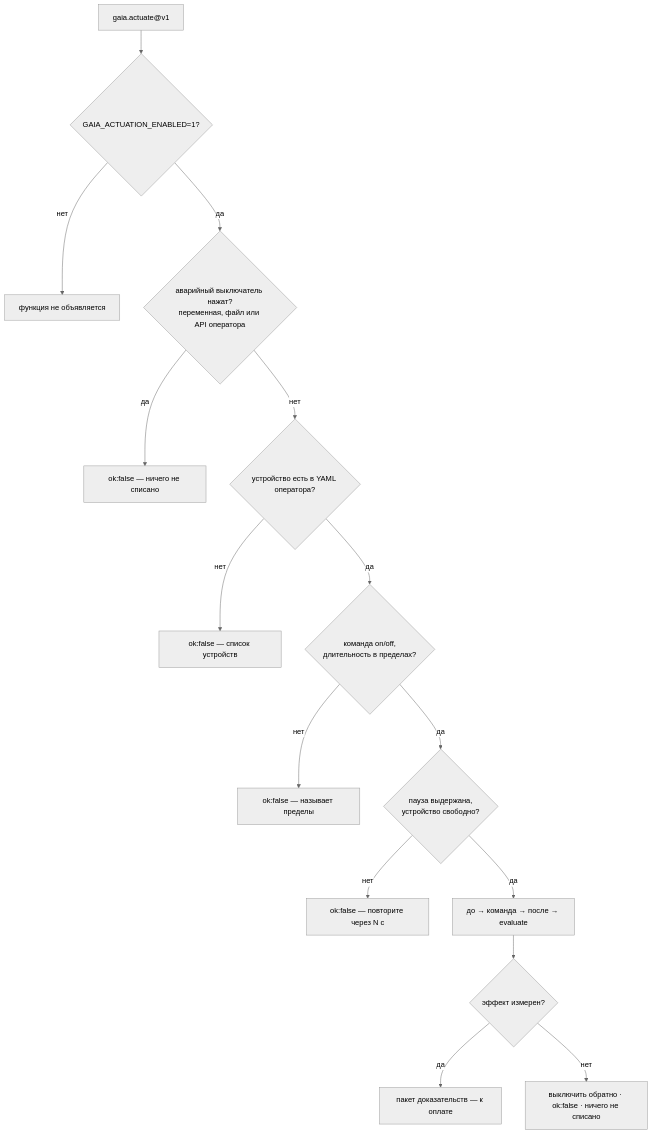
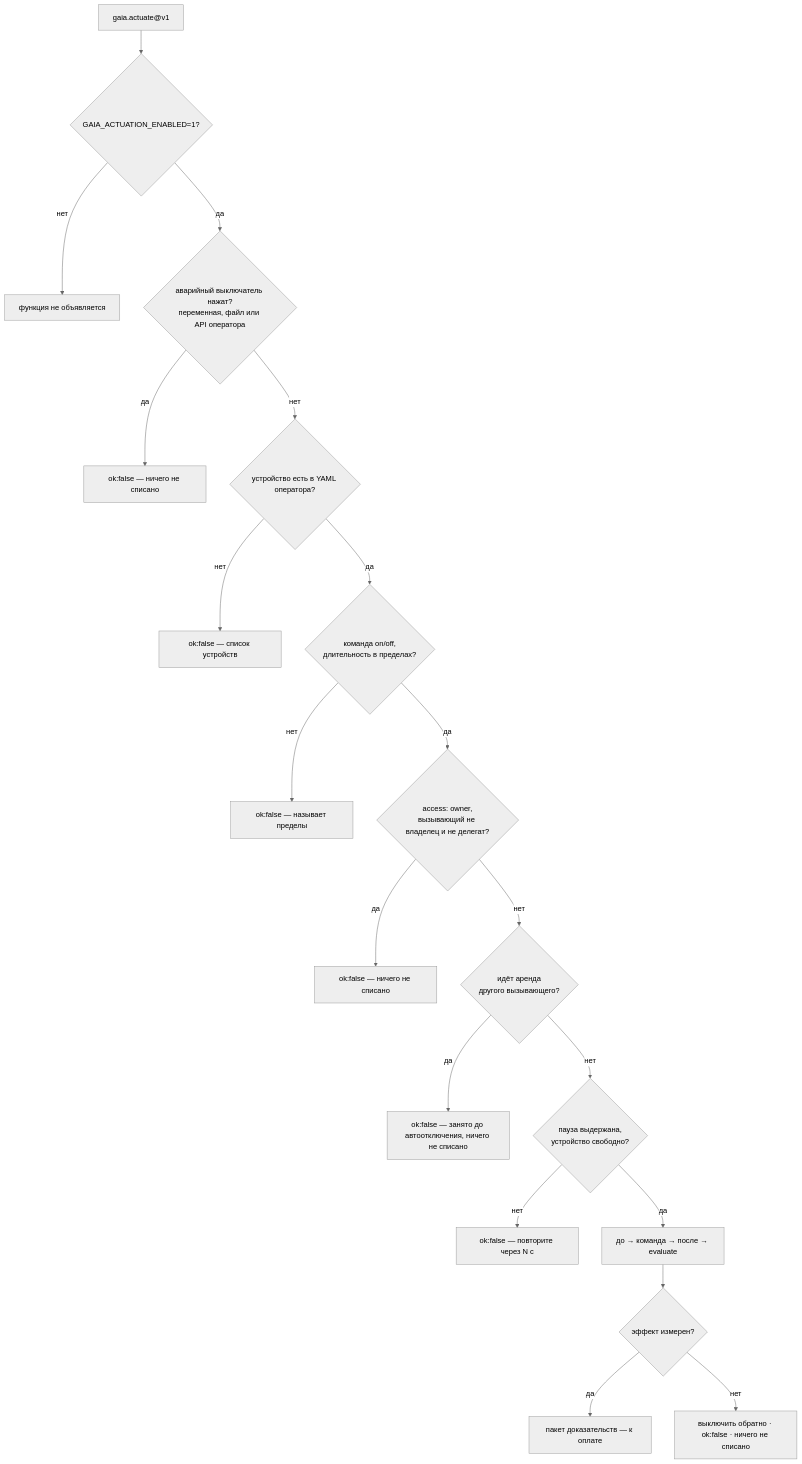
The fourth of 8 diagrams in docs/i18n/ACTUATION.ru.md (alexar76/gaia), drawn with Mermaid (neutral theme) before and after one commit. The commit also changed other lines of this file and 50 other files, not shown here.

````diff
--- a/docs/i18n/ACTUATION.ru.md
+++ b/docs/i18n/ACTUATION.ru.md
@@ -151,17 +187,21 @@
 ```mermaid
 flowchart TD
     A["gaia.actuate@v1"] --> B{GAIA_ACTUATION_ENABLED=1?}
     B -- нет --> X1[функция не объявляется]
     B -- да --> C{аварийный выключатель нажат?<br/>переменная, файл или API оператора}
     C -- да --> X2[ok:false — ничего не списано]
     C -- нет --> D{устройство есть в YAML оператора?}
     D -- нет --> X3[ok:false — список устройств]
     D -- да --> E{команда on/off,<br/>длительность в пределах?}
     E -- нет --> X4[ok:false — называет пределы]
-    E -- да --> F{пауза выдержана,<br/>устройство свободно?}
+    E -- да --> AC{"access: owner,<br/>вызывающий не владелец и не делегат?"}
+    AC -- да --> X6["ok:false — ничего не списано"]
+    AC -- нет --> L{"идёт аренда<br/>другого вызывающего?"}
+    L -- да --> X7["ok:false — занято до автоотключения, ничего не списано"]
+    L -- нет --> F{пауза выдержана,<br/>устройство свободно?}
     F -- нет --> X5[ok:false — повторите через N с]
     F -- да --> G[до → команда → после → evaluate]
     G --> H{эффект измерен?}
     H -- да --> OK[пакет доказательств — к оплате]
     H -- нет --> OFF[выключить обратно · ok:false · ничего не списано]
 ```
````
